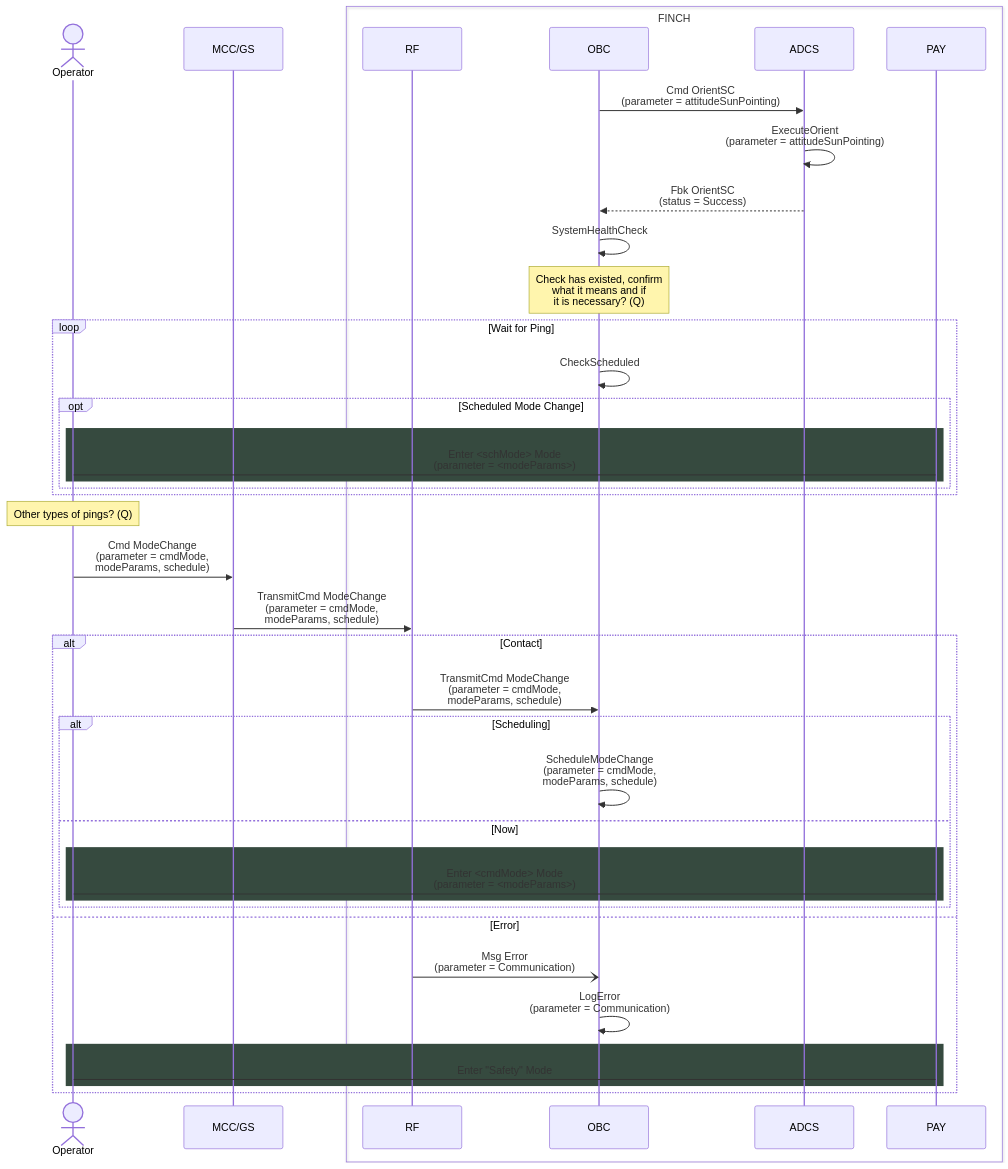
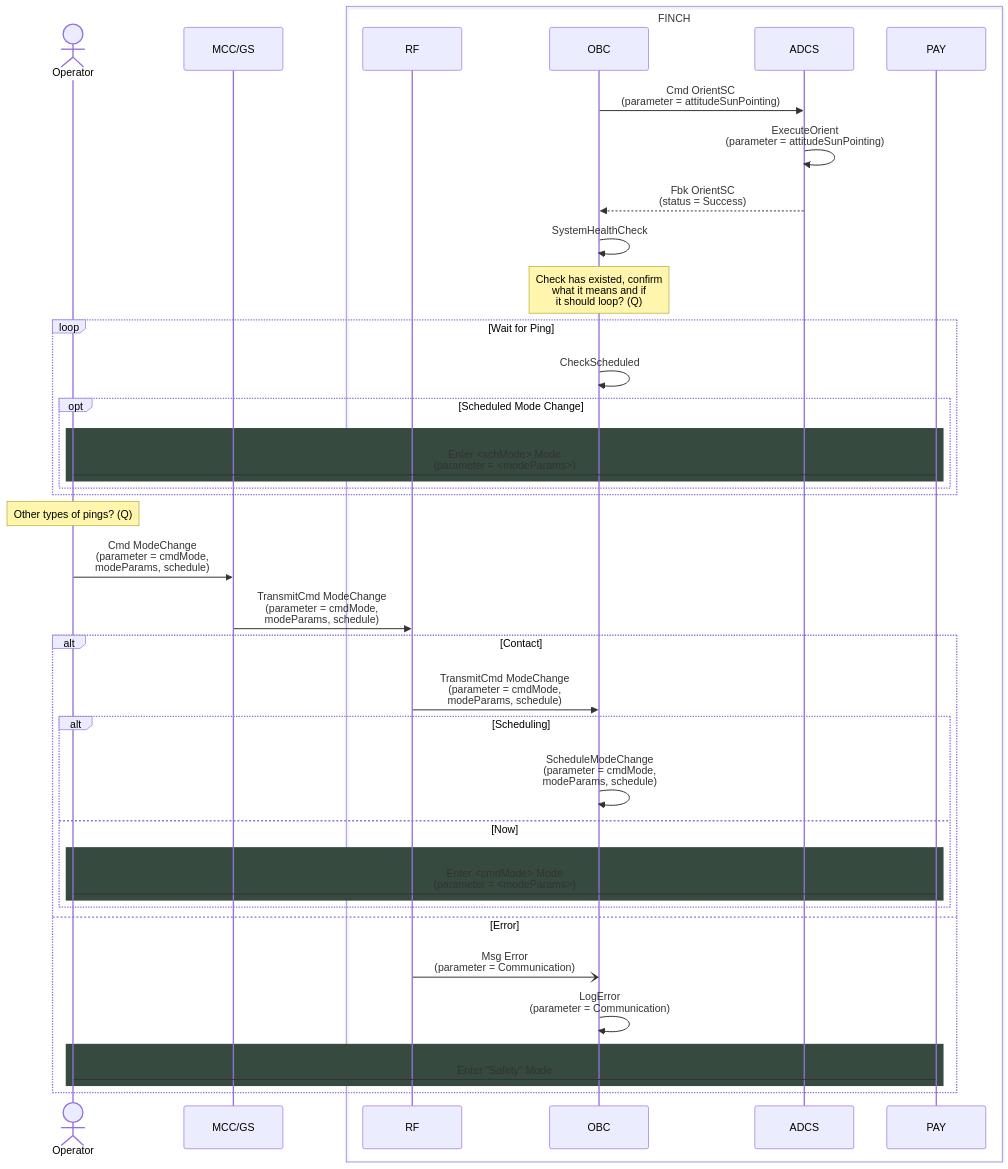
The diagram in command sequences/idle-command.md (Addy-lit/FINCH-system-architecture), drawn with Mermaid before and after one commit.

````diff
--- a/command sequences/idle-command.md
+++ b/command sequences/idle-command.md
@@ -2,47 +2,47 @@
 ```mermaid
 sequenceDiagram
     actor Operator
     participant MCC/GS
     box FINCH
         participant RF
         participant OBC 
         participant ADCS
         participant PAY
     end
 
     OBC ->> ADCS: Cmd OrientSC <br> (parameter = attitudeSunPointing)
     ADCS ->> ADCS: ExecuteOrient <br> (parameter = attitudeSunPointing)
     ADCS -->> OBC: Fbk OrientSC <br> (status = Success)
     OBC ->> OBC: SystemHealthCheck
-    note over OBC: Check has existed, confirm <br> what it means and if <br> it is necessary? (Q)
+    note over OBC: Check has existed, confirm <br> what it means and if <br> it should loop? (Q)
 
     loop Wait for Ping
         OBC ->> OBC: CheckScheduled
         opt Scheduled Mode Change
             rect rgb(54,74,63)
               	Operator -> PAY: Enter <schMode> Mode <br> (parameter = <modeParams>)
             end
         end
     end
 
     note over Operator: Other types of pings? (Q)
     Operator ->> MCC/GS: Cmd ModeChange <br> (parameter = cmdMode, <br> modeParams, schedule)
     MCC/GS ->> RF: TransmitCmd ModeChange <br> (parameter = cmdMode, <br> modeParams, schedule)
     alt Contact
         RF ->> OBC: TransmitCmd ModeChange <br> (parameter = cmdMode, <br> modeParams, schedule)
         alt Scheduling
             OBC ->> OBC: ScheduleModeChange <br> (parameter = cmdMode, <br> modeParams, schedule)
         else Now
             rect rgb(54,74,63)
                 Operator -> PAY: Enter <cmdMode> Mode <br> (parameter = <modeParams>)
             end
         end
     else Error
         RF -) OBC: Msg Error <br> (parameter = Communication)
         OBC ->> OBC: LogError <br> (parameter = Communication)
         rect rgb(54,74,63)
             Operator -> PAY: Enter "Safety" Mode
         end
     end
 
 ```
````
